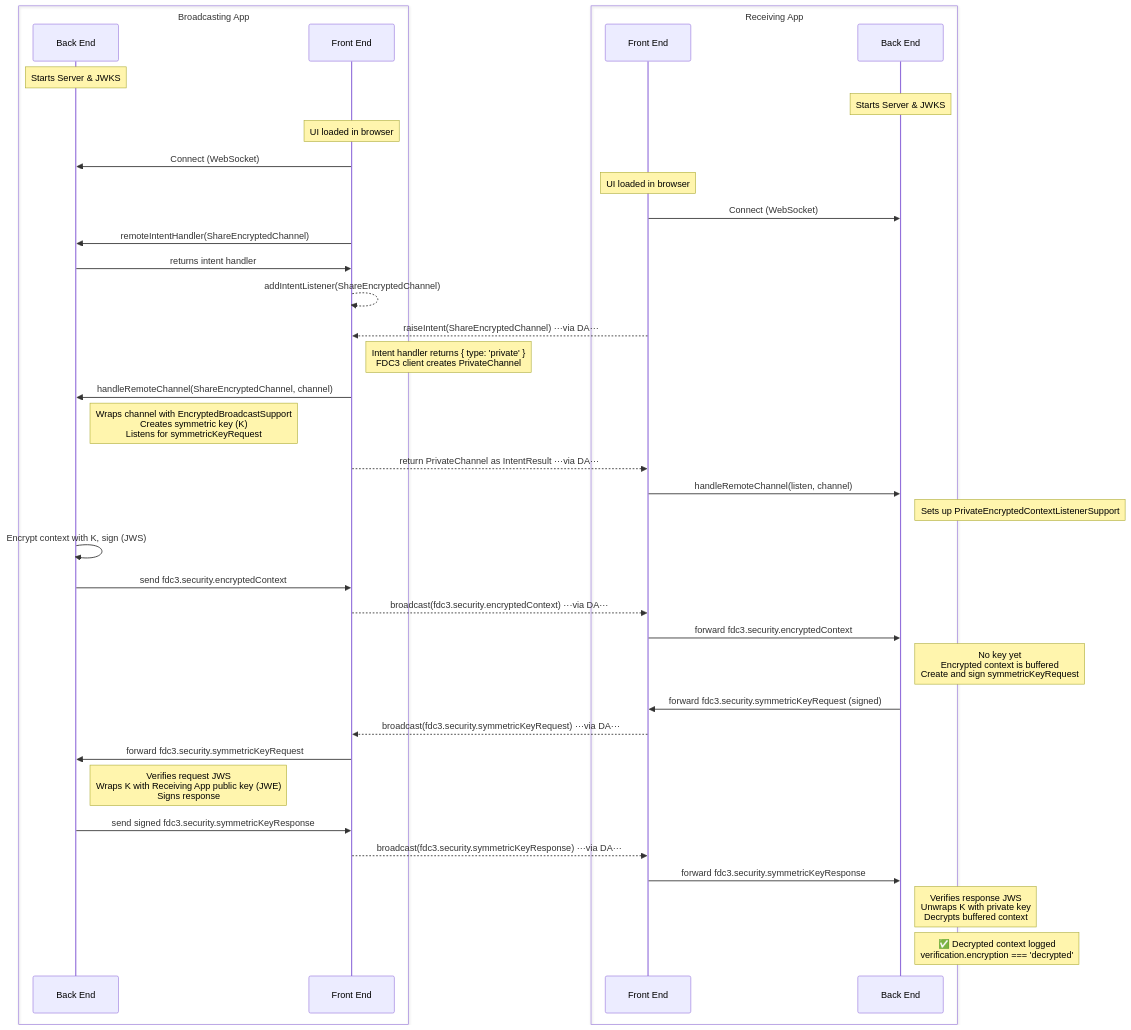
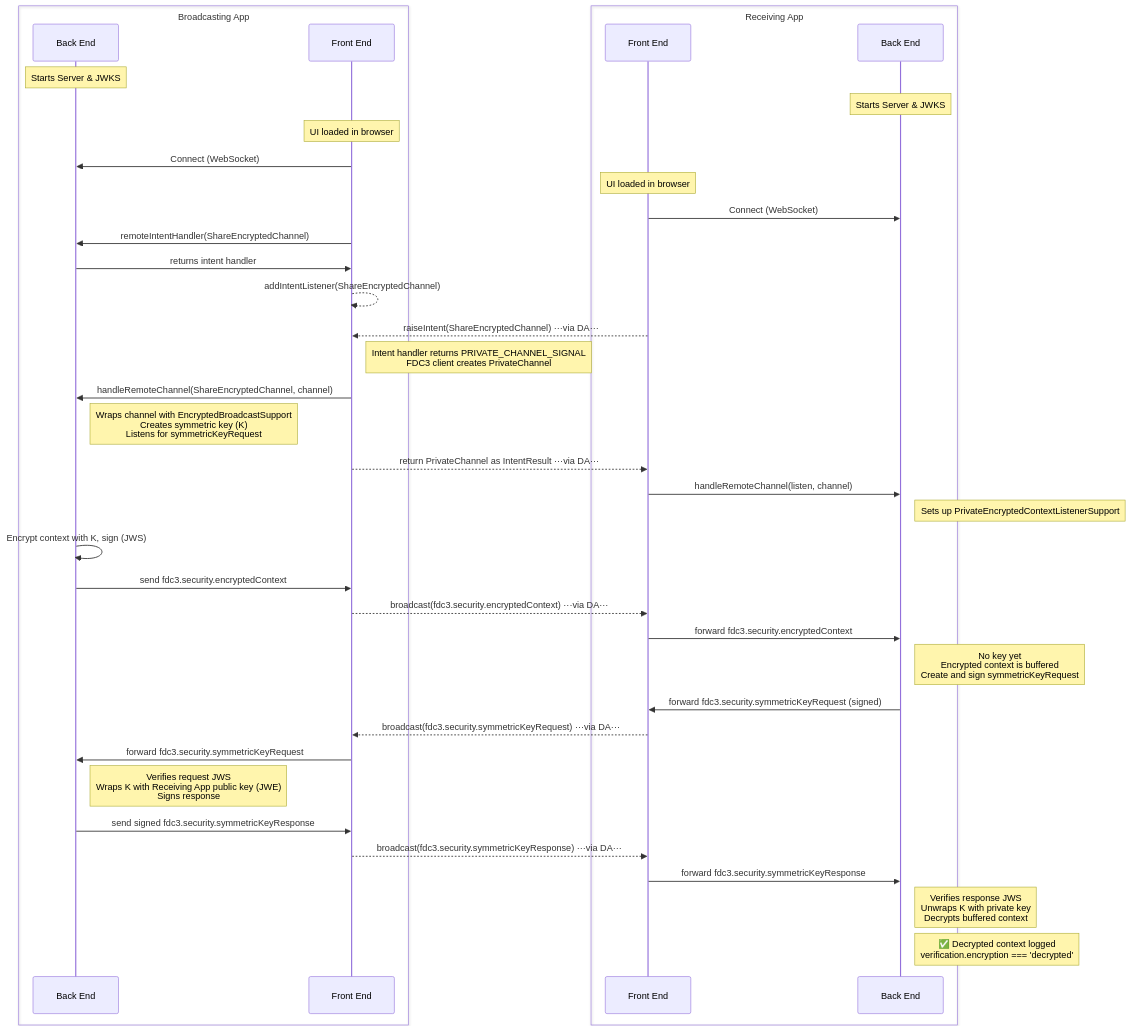
Before and after one commit to finos/FDC3: the first of 5 diagrams in packages/fdc3-security/samples/README.md, drawn with Mermaid. The commit also changed 8 other files, not shown here.

Commit message:
Introduce typing for the signal used by a backend intent handler to signal that the frontend should create and return a private channel

````diff
--- a/packages/fdc3-security/samples/README.md
+++ b/packages/fdc3-security/samples/README.md
@@ -34,50 +34,50 @@
 ```mermaid
 sequenceDiagram
     box Broadcasting App
         participant BBE as Back End
         participant BFE as Front End
     end
     box Receiving App
         participant RFE as Front End
         participant RBE as Back End
     end
 
     Note over BBE: Starts Server & JWKS
     Note over RBE: Starts Server & JWKS
 
     Note over BFE: UI loaded in browser
     BFE->>BBE: Connect (WebSocket)
     
     Note over RFE: UI loaded in browser
     RFE->>RBE: Connect (WebSocket)
     
     BFE->>BBE: remoteIntentHandler(ShareEncryptedChannel)
     BBE->>BFE: returns intent handler
     BFE-->>BFE: addIntentListener(ShareEncryptedChannel)
 
     RFE-->>BFE: raiseIntent(ShareEncryptedChannel) ···via DA···
-    Note right of BFE: Intent handler returns { type: 'private' }<br/>FDC3 client creates PrivateChannel
+    Note right of BFE: Intent handler returns PRIVATE_CHANNEL_SIGNAL<br/>FDC3 client creates PrivateChannel
     BFE->>BBE: handleRemoteChannel(ShareEncryptedChannel, channel)
     Note right of BBE: Wraps channel with EncryptedBroadcastSupport<br/>Creates symmetric key (K)<br/>Listens for symmetricKeyRequest
     BFE-->>RFE: return PrivateChannel as IntentResult ···via DA···
 
     RFE->>RBE: handleRemoteChannel(listen, channel)
     Note right of RBE: Sets up PrivateEncryptedContextListenerSupport
 
     BBE->>BBE: Encrypt context with K, sign (JWS)
     BBE->>BFE: send fdc3.security.encryptedContext
     BFE-->>RFE: broadcast(fdc3.security.encryptedContext) ···via DA···
     RFE->>RBE: forward fdc3.security.encryptedContext
     Note right of RBE: No key yet<br/>Encrypted context is buffered<br/>Create and sign symmetricKeyRequest
 
     RBE->>RFE: forward fdc3.security.symmetricKeyRequest (signed)
     RFE-->>BFE: broadcast(fdc3.security.symmetricKeyRequest) ···via DA···
     BFE->>BBE: forward fdc3.security.symmetricKeyRequest
     Note right of BBE: Verifies request JWS<br/>Wraps K with Receiving App public key (JWE)<br/>Signs response
     BBE->>BFE: send signed fdc3.security.symmetricKeyResponse
     BFE-->>RFE: broadcast(fdc3.security.symmetricKeyResponse) ···via DA···
     RFE->>RBE: forward fdc3.security.symmetricKeyResponse
     Note right of RBE: Verifies response JWS<br/>Unwraps K with private key<br/>Decrypts buffered context
 
     Note right of RBE: ✅ Decrypted context logged<br/>verification.encryption === 'decrypted'
 ```
````
